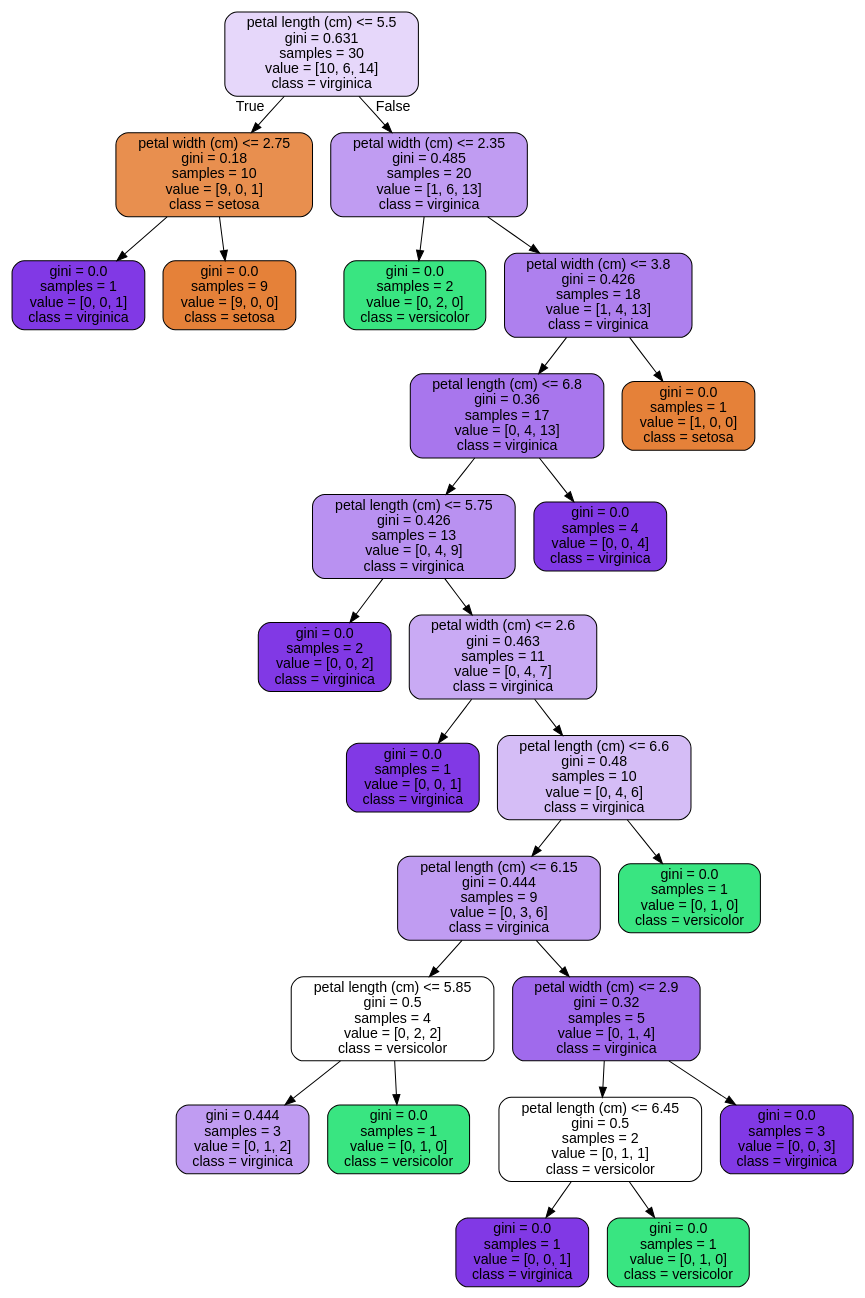
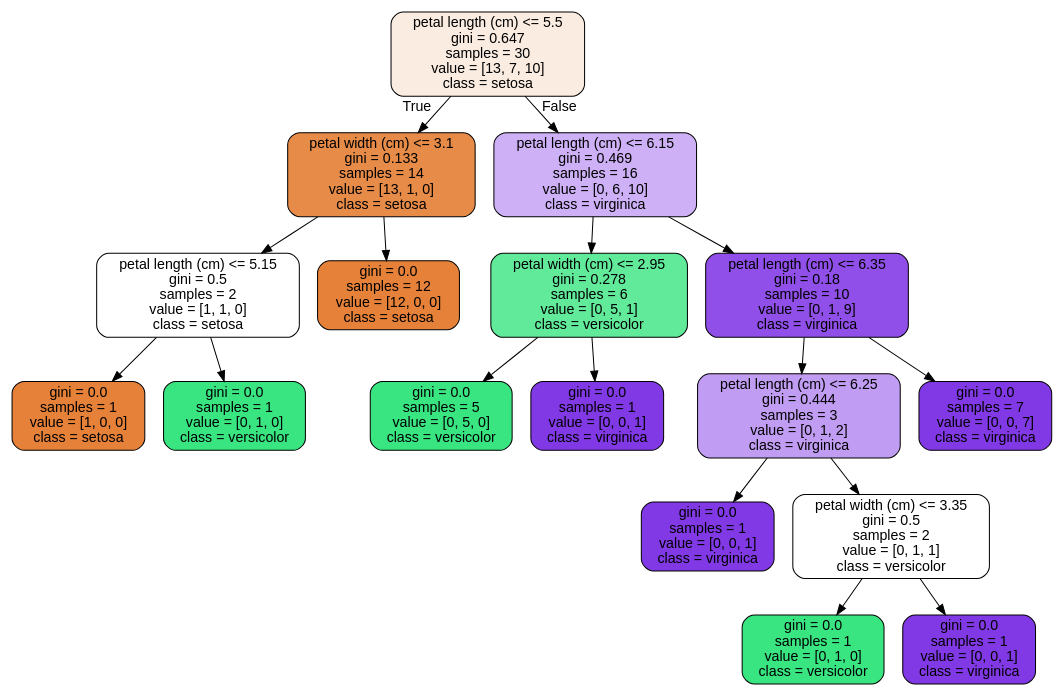
One commit to JoseDeJesusMendozaBecerril/Practica4_MineriaDeDatos changed the diagram in images/decision_trees/iris_tree_test.dot. Above: the diagram before and after it, drawn with Graphviz. The commit also changed 10 other files, not shown here.

```diff
--- a/images/decision_trees/iris_tree_test.dot
+++ b/images/decision_trees/iris_tree_test.dot
@@ -1,53 +1,37 @@
 digraph Tree {
 node [shape=box, style="filled, rounded", color="black", fontname=helvetica] ;
 edge [fontname=helvetica] ;
-0 [label="petal length (cm) <= 5.5\ngini = 0.631\nsamples = 30\nvalue = [10, 6, 14]\nclass = virginica", fillcolor="#e6d7fa"] ;
-1 [label="petal width (cm) <= 2.75\ngini = 0.18\nsamples = 10\nvalue = [9, 0, 1]\nclass = setosa", fillcolor="#e88f4f"] ;
+0 [label="petal length (cm) <= 5.5\ngini = 0.647\nsamples = 30\nvalue = [13, 7, 10]\nclass = setosa", fillcolor="#fbece1"] ;
+1 [label="petal width (cm) <= 3.1\ngini = 0.133\nsamples = 14\nvalue = [13, 1, 0]\nclass = setosa", fillcolor="#e78b48"] ;
 0 -> 1 [labeldistance=2.5, labelangle=45, headlabel="True"] ;
-2 [label="gini = 0.0\nsamples = 1\nvalue = [0, 0, 1]\nclass = virginica", fillcolor="#8139e5"] ;
+2 [label="petal length (cm) <= 5.15\ngini = 0.5\nsamples = 2\nvalue = [1, 1, 0]\nclass = setosa", fillcolor="#ffffff"] ;
 1 -> 2 ;
-3 [label="gini = 0.0\nsamples = 9\nvalue = [9, 0, 0]\nclass = setosa", fillcolor="#e58139"] ;
-1 -> 3 ;
-4 [label="petal width (cm) <= 2.35\ngini = 0.485\nsamples = 20\nvalue = [1, 6, 13]\nclass = virginica", fillcolor="#c09cf2"] ;
-0 -> 4 [labeldistance=2.5, labelangle=-45, headlabel="False"] ;
-5 [label="gini = 0.0\nsamples = 2\nvalue = [0, 2, 0]\nclass = versicolor", fillcolor="#39e581"] ;
-4 -> 5 ;
-6 [label="petal width (cm) <= 3.8\ngini = 0.426\nsamples = 18\nvalue = [1, 4, 13]\nclass = virginica", fillcolor="#ae80ee"] ;
-4 -> 6 ;
-7 [label="petal length (cm) <= 6.8\ngini = 0.36\nsamples = 17\nvalue = [0, 4, 13]\nclass = virginica", fillcolor="#a876ed"] ;
+3 [label="gini = 0.0\nsamples = 1\nvalue = [1, 0, 0]\nclass = setosa", fillcolor="#e58139"] ;
+2 -> 3 ;
+4 [label="gini = 0.0\nsamples = 1\nvalue = [0, 1, 0]\nclass = versicolor", fillcolor="#39e581"] ;
+2 -> 4 ;
+5 [label="gini = 0.0\nsamples = 12\nvalue = [12, 0, 0]\nclass = setosa", fillcolor="#e58139"] ;
+1 -> 5 ;
+6 [label="petal length (cm) <= 6.15\ngini = 0.469\nsamples = 16\nvalue = [0, 6, 10]\nclass = virginica", fillcolor="#cdb0f5"] ;
+0 -> 6 [labeldistance=2.5, labelangle=-45, headlabel="False"] ;
+7 [label="petal width (cm) <= 2.95\ngini = 0.278\nsamples = 6\nvalue = [0, 5, 1]\nclass = versicolor", fillcolor="#61ea9a"] ;
 6 -> 7 ;
-8 [label="petal length (cm) <= 5.75\ngini = 0.426\nsamples = 13\nvalue = [0, 4, 9]\nclass = virginica", fillcolor="#b991f1"] ;
+8 [label="gini = 0.0\nsamples = 5\nvalue = [0, 5, 0]\nclass = versicolor", fillcolor="#39e581"] ;
 7 -> 8 ;
-9 [label="gini = 0.0\nsamples = 2\nvalue = [0, 0, 2]\nclass = virginica", fillcolor="#8139e5"] ;
-8 -> 9 ;
-10 [label="petal width (cm) <= 2.6\ngini = 0.463\nsamples = 11\nvalue = [0, 4, 7]\nclass = virginica", fillcolor="#c9aaf4"] ;
-8 -> 10 ;
-11 [label="gini = 0.0\nsamples = 1\nvalue = [0, 0, 1]\nclass = virginica", fillcolor="#8139e5"] ;
+9 [label="gini = 0.0\nsamples = 1\nvalue = [0, 0, 1]\nclass = virginica", fillcolor="#8139e5"] ;
+7 -> 9 ;
+10 [label="petal length (cm) <= 6.35\ngini = 0.18\nsamples = 10\nvalue = [0, 1, 9]\nclass = virginica", fillcolor="#8f4fe8"] ;
+6 -> 10 ;
+11 [label="petal length (cm) <= 6.25\ngini = 0.444\nsamples = 3\nvalue = [0, 1, 2]\nclass = virginica", fillcolor="#c09cf2"] ;
 10 -> 11 ;
-12 [label="petal length (cm) <= 6.6\ngini = 0.48\nsamples = 10\nvalue = [0, 4, 6]\nclass = virginica", fillcolor="#d5bdf6"] ;
-10 -> 12 ;
-13 [label="petal length (cm) <= 6.15\ngini = 0.444\nsamples = 9\nvalue = [0, 3, 6]\nclass = virginica", fillcolor="#c09cf2"] ;
-12 -> 13 ;
-14 [label="petal length (cm) <= 5.85\ngini = 0.5\nsamples = 4\nvalue = [0, 2, 2]\nclass = versicolor", fillcolor="#ffffff"] ;
+12 [label="gini = 0.0\nsamples = 1\nvalue = [0, 0, 1]\nclass = virginica", fillcolor="#8139e5"] ;
+11 -> 12 ;
+13 [label="petal width (cm) <= 3.35\ngini = 0.5\nsamples = 2\nvalue = [0, 1, 1]\nclass = versicolor", fillcolor="#ffffff"] ;
+11 -> 13 ;
+14 [label="gini = 0.0\nsamples = 1\nvalue = [0, 1, 0]\nclass = versicolor", fillcolor="#39e581"] ;
 13 -> 14 ;
-15 [label="gini = 0.444\nsamples = 3\nvalue = [0, 1, 2]\nclass = virginica", fillcolor="#c09cf2"] ;
-14 -> 15 ;
-16 [label="gini = 0.0\nsamples = 1\nvalue = [0, 1, 0]\nclass = versicolor", fillcolor="#39e581"] ;
-14 -> 16 ;
-17 [label="petal width (cm) <= 2.9\ngini = 0.32\nsamples = 5\nvalue = [0, 1, 4]\nclass = virginica", fillcolor="#a06aec"] ;
-13 -> 17 ;
-18 [label="petal length (cm) <= 6.45\ngini = 0.5\nsamples = 2\nvalue = [0, 1, 1]\nclass = versicolor", fillcolor="#ffffff"] ;
-17 -> 18 ;
-19 [label="gini = 0.0\nsamples = 1\nvalue = [0, 0, 1]\nclass = virginica", fillcolor="#8139e5"] ;
-18 -> 19 ;
-20 [label="gini = 0.0\nsamples = 1\nvalue = [0, 1, 0]\nclass = versicolor", fillcolor="#39e581"] ;
-18 -> 20 ;
-21 [label="gini = 0.0\nsamples = 3\nvalue = [0, 0, 3]\nclass = virginica", fillcolor="#8139e5"] ;
-17 -> 21 ;
-22 [label="gini = 0.0\nsamples = 1\nvalue = [0, 1, 0]\nclass = versicolor", fillcolor="#39e581"] ;
-12 -> 22 ;
-23 [label="gini = 0.0\nsamples = 4\nvalue = [0, 0, 4]\nclass = virginica", fillcolor="#8139e5"] ;
-7 -> 23 ;
-24 [label="gini = 0.0\nsamples = 1\nvalue = [1, 0, 0]\nclass = setosa", fillcolor="#e58139"] ;
-6 -> 24 ;
+15 [label="gini = 0.0\nsamples = 1\nvalue = [0, 0, 1]\nclass = virginica", fillcolor="#8139e5"] ;
+13 -> 15 ;
+16 [label="gini = 0.0\nsamples = 7\nvalue = [0, 0, 7]\nclass = virginica", fillcolor="#8139e5"] ;
+10 -> 16 ;
 }
```
